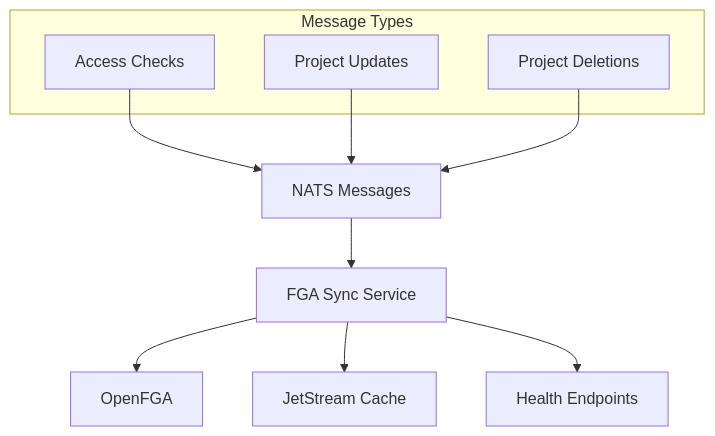
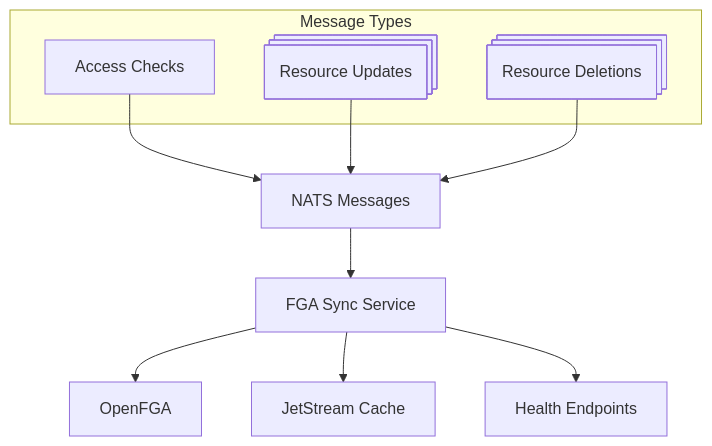
Before and after one commit to mauriciozanettisalomao/lfx-v2-fga-sync: the diagram in README.md, drawn with Mermaid. The commit also changed other lines of this file and 11 other files, not shown here.

````diff
--- a/README.md
+++ b/README.md
@@ -19,17 +19,17 @@
 ```mermaid
 graph TB
     A[NATS Messages] --> B[FGA Sync Service]
     B --> C[OpenFGA]
     B --> D[JetStream Cache]
     B --> E[Health Endpoints]
     
     subgraph "Message Types"
         F[Access Checks]
-        G[Project Updates]
-        H[Project Deletions]
+        G@{ shape: processes, label: "Resource Updates" }
+        H@{ shape: processes, label: "Resource Deletions" }
     end
     
     F --> A
     G --> A
     H --> A
 ```
````
